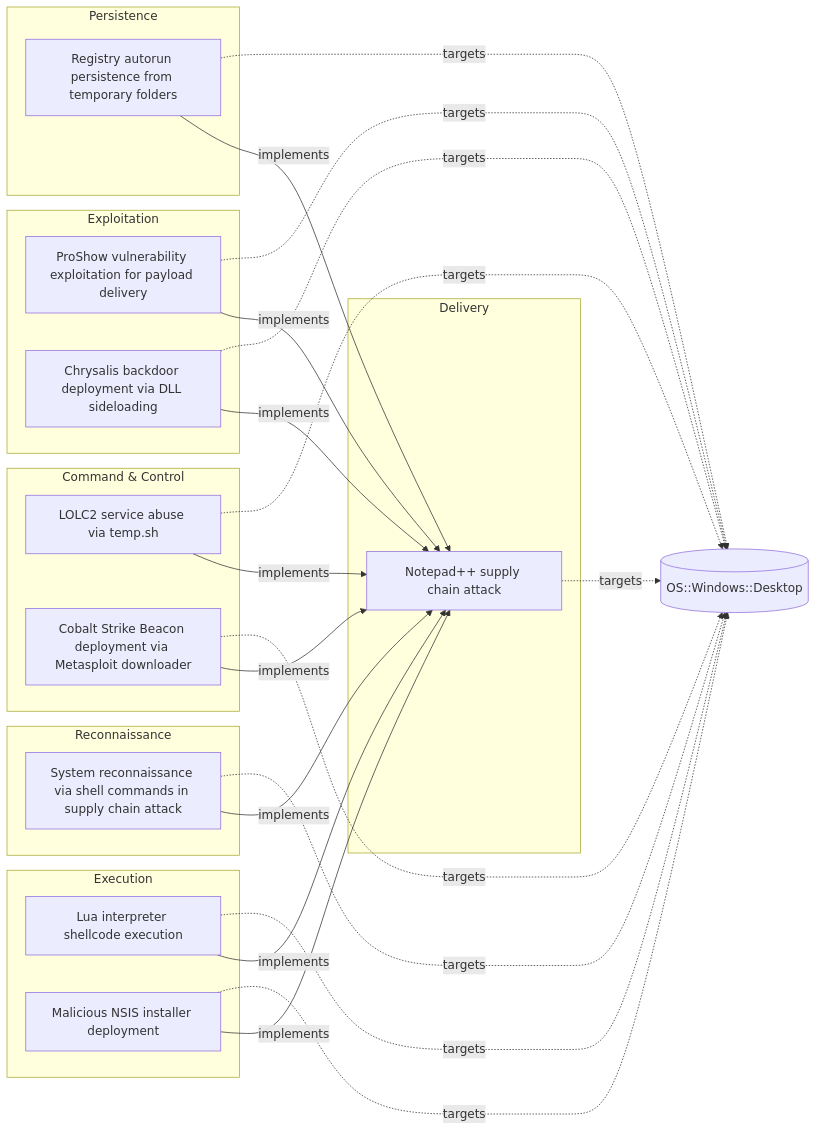
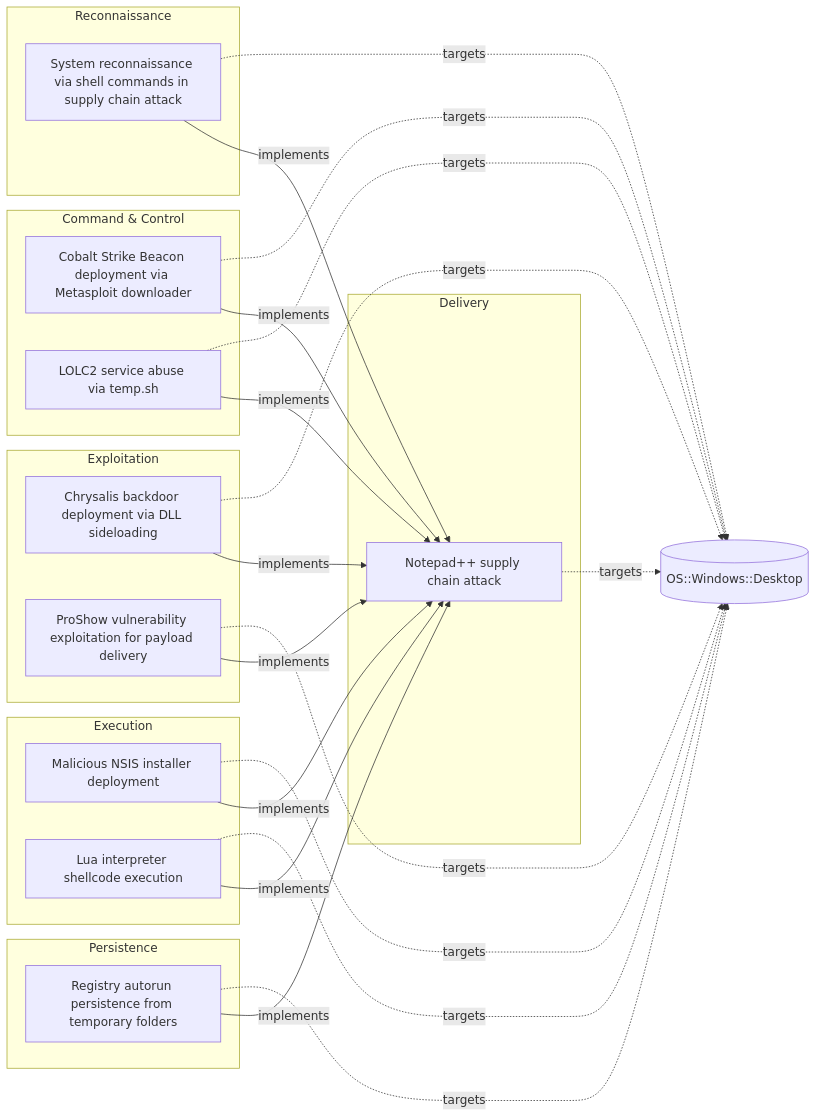
One commit to OpenTideHQ/WikiTide changed the second of 2 diagrams in Models/Threat Vectors/☣️ Notepad++ supply chain attack.md. Above: the diagram before and after it, drawn with Mermaid. The commit also changed other lines of this file and 48 other files, not shown here.

````diff
--- a/Models/Threat Vectors/☣️ Notepad++ supply chain attack.md
+++ b/Models/Threat Vectors/☣️ Notepad++ supply chain attack.md
@@ -260,58 +260,58 @@
 ```mermaid
 
 flowchart LR
 
+bee6e973-b0d0-4735-a26a-003f39b8c08d[System reconnaissance via shell commands in supply chain attack]
+8b7cae6f-b6cf-4414-9cdc-fe8c8ee7ee22[Notepad++ supply chain attack]
+bc95c747-ede2-4c16-a6b4-506b305e744a[Chrysalis backdoor deployment via DLL sideloading]
+7c4d9a2e-8f3b-4e6a-9d1c-5a7b8e2f4d3a[Cobalt Strike Beacon deployment via Metasploit downloader]
+bf30d882-9b96-403a-9a47-83a2981fc526[LOLC2 service abuse via temp.sh]
+52462685-bebb-4e86-94b0-fd46aeacb085[Malicious NSIS installer deployment]
+bc365789-bdbb-4e78-b2ae-b097a7ccd35f[Lua interpreter shellcode execution]
 55eaa437-5a25-4c29-b1fc-9c0fba4a18ad[Registry autorun persistence from temporary folders]
-8b7cae6f-b6cf-4414-9cdc-fe8c8ee7ee22[Notepad++ supply chain attack]
-bf30d882-9b96-403a-9a47-83a2981fc526[LOLC2 service abuse via temp.sh]
 23d06aa7-f6d5-44ee-be8f-e6de2f495bd9[ProShow vulnerability exploitation for payload delivery]
-bc95c747-ede2-4c16-a6b4-506b305e744a[Chrysalis backdoor deployment via DLL sideloading]
-bc365789-bdbb-4e78-b2ae-b097a7ccd35f[Lua interpreter shellcode execution]
-bee6e973-b0d0-4735-a26a-003f39b8c08d[System reconnaissance via shell commands in supply chain attack]
-7c4d9a2e-8f3b-4e6a-9d1c-5a7b8e2f4d3a[Cobalt Strike Beacon deployment via Metasploit downloader]
-52462685-bebb-4e86-94b0-fd46aeacb085[Malicious NSIS installer deployment]
 
-subgraph Persistence
-55eaa437-5a25-4c29-b1fc-9c0fba4a18ad
+subgraph Reconnaissance
+bee6e973-b0d0-4735-a26a-003f39b8c08d
 end
 subgraph Delivery
 8b7cae6f-b6cf-4414-9cdc-fe8c8ee7ee22
 end
+subgraph Exploitation
+bc95c747-ede2-4c16-a6b4-506b305e744a
+23d06aa7-f6d5-44ee-be8f-e6de2f495bd9
+end
 subgraph Command & Control
+7c4d9a2e-8f3b-4e6a-9d1c-5a7b8e2f4d3a
 bf30d882-9b96-403a-9a47-83a2981fc526
-7c4d9a2e-8f3b-4e6a-9d1c-5a7b8e2f4d3a
-end
-subgraph Exploitation
-23d06aa7-f6d5-44ee-be8f-e6de2f495bd9
-bc95c747-ede2-4c16-a6b4-506b305e744a
 end
 subgraph Execution
+52462685-bebb-4e86-94b0-fd46aeacb085
 bc365789-bdbb-4e78-b2ae-b097a7ccd35f
-52462685-bebb-4e86-94b0-fd46aeacb085
 end
-subgraph Reconnaissance
-bee6e973-b0d0-4735-a26a-003f39b8c08d
+subgraph Persistence
+55eaa437-5a25-4c29-b1fc-9c0fba4a18ad
 end
 
 OS::Windows::Desktop[(OS::Windows::Desktop)]
 
+bee6e973-b0d0-4735-a26a-003f39b8c08d -.->|targets| OS::Windows::Desktop
+8b7cae6f-b6cf-4414-9cdc-fe8c8ee7ee22 -.->|targets| OS::Windows::Desktop
+bc95c747-ede2-4c16-a6b4-506b305e744a -.->|targets| OS::Windows::Desktop
+7c4d9a2e-8f3b-4e6a-9d1c-5a7b8e2f4d3a -.->|targets| OS::Windows::Desktop
+bf30d882-9b96-403a-9a47-83a2981fc526 -.->|targets| OS::Windows::Desktop
+52462685-bebb-4e86-94b0-fd46aeacb085 -.->|targets| OS::Windows::Desktop
+bc365789-bdbb-4e78-b2ae-b097a7ccd35f -.->|targets| OS::Windows::Desktop
 55eaa437-5a25-4c29-b1fc-9c0fba4a18ad -.->|targets| OS::Windows::Desktop
-8b7cae6f-b6cf-4414-9cdc-fe8c8ee7ee22 -.->|targets| OS::Windows::Desktop
-bf30d882-9b96-403a-9a47-83a2981fc526 -.->|targets| OS::Windows::Desktop
 23d06aa7-f6d5-44ee-be8f-e6de2f495bd9 -.->|targets| OS::Windows::Desktop
-bc95c747-ede2-4c16-a6b4-506b305e744a -.->|targets| OS::Windows::Desktop
-bc365789-bdbb-4e78-b2ae-b097a7ccd35f -.->|targets| OS::Windows::Desktop
-bee6e973-b0d0-4735-a26a-003f39b8c08d -.->|targets| OS::Windows::Desktop
-7c4d9a2e-8f3b-4e6a-9d1c-5a7b8e2f4d3a -.->|targets| OS::Windows::Desktop
-52462685-bebb-4e86-94b0-fd46aeacb085 -.->|targets| OS::Windows::Desktop
 
+bee6e973-b0d0-4735-a26a-003f39b8c08d -->|implements| 8b7cae6f-b6cf-4414-9cdc-fe8c8ee7ee22
+bc95c747-ede2-4c16-a6b4-506b305e744a -->|implements| 8b7cae6f-b6cf-4414-9cdc-fe8c8ee7ee22
+7c4d9a2e-8f3b-4e6a-9d1c-5a7b8e2f4d3a -->|implements| 8b7cae6f-b6cf-4414-9cdc-fe8c8ee7ee22
+bf30d882-9b96-403a-9a47-83a2981fc526 -->|implements| 8b7cae6f-b6cf-4414-9cdc-fe8c8ee7ee22
+52462685-bebb-4e86-94b0-fd46aeacb085 -->|implements| 8b7cae6f-b6cf-4414-9cdc-fe8c8ee7ee22
+bc365789-bdbb-4e78-b2ae-b097a7ccd35f -->|implements| 8b7cae6f-b6cf-4414-9cdc-fe8c8ee7ee22
 55eaa437-5a25-4c29-b1fc-9c0fba4a18ad -->|implements| 8b7cae6f-b6cf-4414-9cdc-fe8c8ee7ee22
-bf30d882-9b96-403a-9a47-83a2981fc526 -->|implements| 8b7cae6f-b6cf-4414-9cdc-fe8c8ee7ee22
 23d06aa7-f6d5-44ee-be8f-e6de2f495bd9 -->|implements| 8b7cae6f-b6cf-4414-9cdc-fe8c8ee7ee22
-bc95c747-ede2-4c16-a6b4-506b305e744a -->|implements| 8b7cae6f-b6cf-4414-9cdc-fe8c8ee7ee22
-bc365789-bdbb-4e78-b2ae-b097a7ccd35f -->|implements| 8b7cae6f-b6cf-4414-9cdc-fe8c8ee7ee22
-bee6e973-b0d0-4735-a26a-003f39b8c08d -->|implements| 8b7cae6f-b6cf-4414-9cdc-fe8c8ee7ee22
-7c4d9a2e-8f3b-4e6a-9d1c-5a7b8e2f4d3a -->|implements| 8b7cae6f-b6cf-4414-9cdc-fe8c8ee7ee22
-52462685-bebb-4e86-94b0-fd46aeacb085 -->|implements| 8b7cae6f-b6cf-4414-9cdc-fe8c8ee7ee22
 
 ```
````
